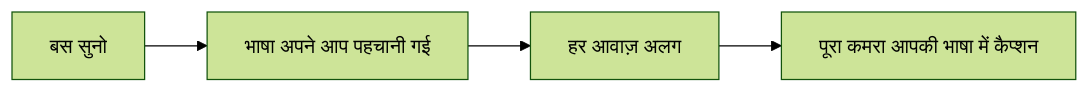
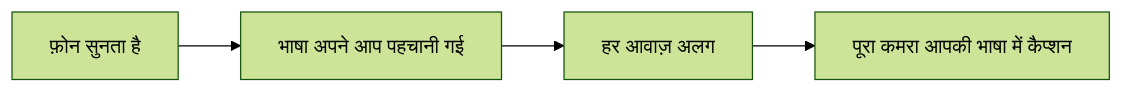
The first of 4 diagrams in README_hi.md (rpalm01-star/VigilantEarLegal), drawn with Mermaid (forest theme) before and after one commit. The commit also changed other lines of this file and 11 other files, not shown here.

````diff
--- a/README_hi.md
+++ b/README_hi.md
@@ -58,4 +58,4 @@
 ```mermaid
 graph LR
-    A["बस सुनो"] --> B["भाषा अपने आप पहचानी गई"] --> C["हर आवाज़ अलग"] --> D["पूरा कमरा आपकी भाषा में कैप्शन"]
+    A["फ़ोन सुनता है"] --> B["भाषा अपने आप पहचानी गई"] --> C["हर आवाज़ अलग"] --> D["पूरा कमरा आपकी भाषा में कैप्शन"]
 ```
````
